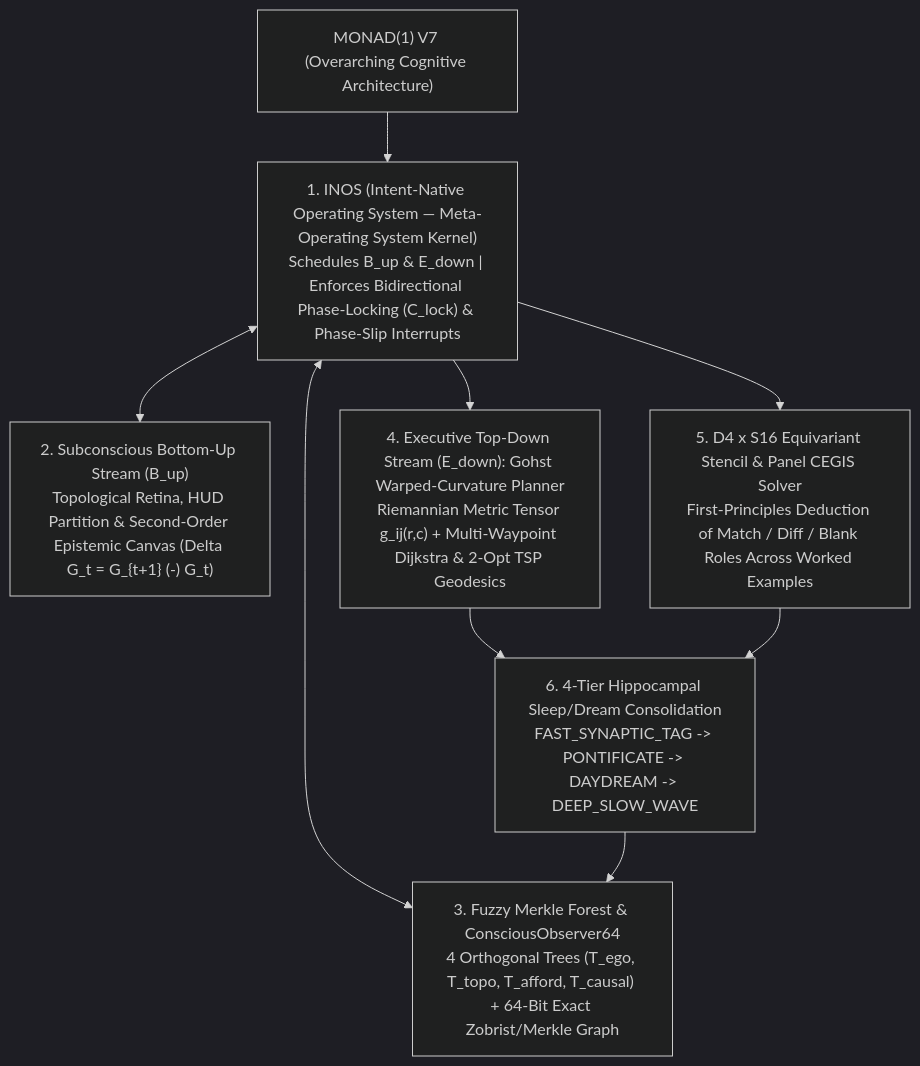
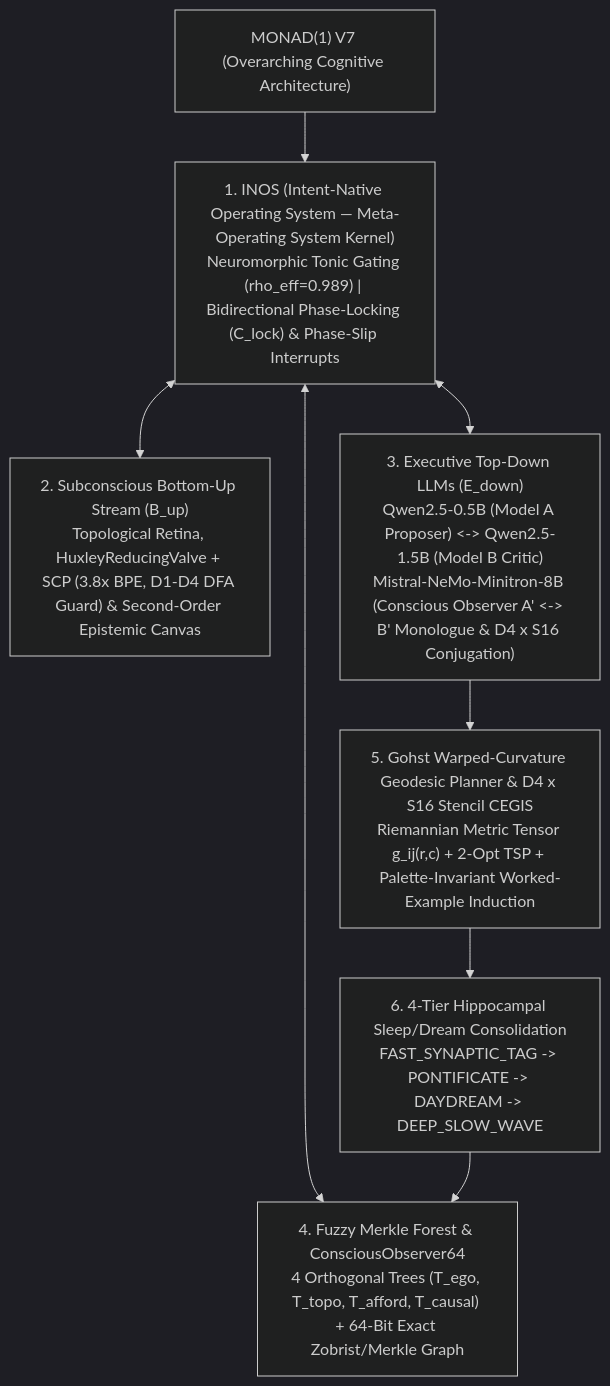
One commit to k-luecke/monad-1-arc-agi-3 changed the diagram in ARCHITECTURE.md. Above: the diagram before and after it, drawn with Mermaid (dark theme). The commit also changed other lines of this file and 5 other files, not shown here.

Commit message:
Include Qwen2.5 (0.5B/1.5B) & Mistral-NeMo-Minitron-8B substrate under Monad(1) V7 & INOS

````diff
--- a/ARCHITECTURE.md
+++ b/ARCHITECTURE.md
@@ -12,19 +12,18 @@
 ```mermaid
 flowchart TD
     Umbrella["MONAD(1) V7 (Overarching Cognitive Architecture)"]
-    INOS["1. INOS (Intent-Native Operating System — Meta-Operating System Kernel)\nSchedules B_up & E_down | Enforces Bidirectional Phase-Locking (C_lock) & Phase-Slip Interrupts"]
-    Retina["2. Subconscious Bottom-Up Stream (B_up)\nTopological Retina, HUD Partition & Second-Order Epistemic Canvas (Delta G_t = G_{t+1} (-) G_t)"]
-    FMF["3. Fuzzy Merkle Forest & ConsciousObserver64\n4 Orthogonal Trees (T_ego, T_topo, T_afford, T_causal) + 64-Bit Exact Zobrist/Merkle Graph"]
-    Gohst["4. Executive Top-Down Stream (E_down): Gohst Warped-Curvature Planner\nRiemannian Metric Tensor g_ij(r,c) + Multi-Waypoint Dijkstra & 2-Opt TSP Geodesics"]
-    CEGIS["5. D4 x S16 Equivariant Stencil & Panel CEGIS Solver\nFirst-Principles Deduction of Match / Diff / Blank Roles Across Worked Examples"]
+    INOS["1. INOS (Intent-Native Operating System — Meta-Operating System Kernel)\nNeuromorphic Tonic Gating (rho_eff=0.989) | Bidirectional Phase-Locking (C_lock) & Phase-Slip Interrupts"]
+    Retina["2. Subconscious Bottom-Up Stream (B_up)\nTopological Retina, HuxleyReducingValve + SCP (3.8x BPE, D1-D4 DFA Guard) & Second-Order Epistemic Canvas"]
+    LLMs["3. Executive Top-Down LLMs (E_down)\nQwen2.5-0.5B (Model A Proposer) <-> Qwen2.5-1.5B (Model B Critic)\nMistral-NeMo-Minitron-8B (Conscious Observer A' <-> B' Monologue & D4 x S16 Conjugation)"]
+    FMF["4. Fuzzy Merkle Forest & ConsciousObserver64\n4 Orthogonal Trees (T_ego, T_topo, T_afford, T_causal) + 64-Bit Exact Zobrist/Merkle Graph"]
+    Gohst["5. Gohst Warped-Curvature Geodesic Planner & D4 x S16 Stencil CEGIS\nRiemannian Metric Tensor g_ij(r,c) + 2-Opt TSP + Palette-Invariant Worked-Example Induction"]
     Dream["6. 4-Tier Hippocampal Sleep/Dream Consolidation\nFAST_SYNAPTIC_TAG -> PONTIFICATE -> DAYDREAM -> DEEP_SLOW_WAVE"]
 
     Umbrella --> INOS
     INOS <--> Retina
+    INOS <--> LLMs
     INOS <--> FMF
-    INOS --> Gohst
-    INOS --> CEGIS
+    LLMs --> Gohst
     Gohst --> Dream
-    CEGIS --> Dream
     Dream --> FMF
 ```
````
